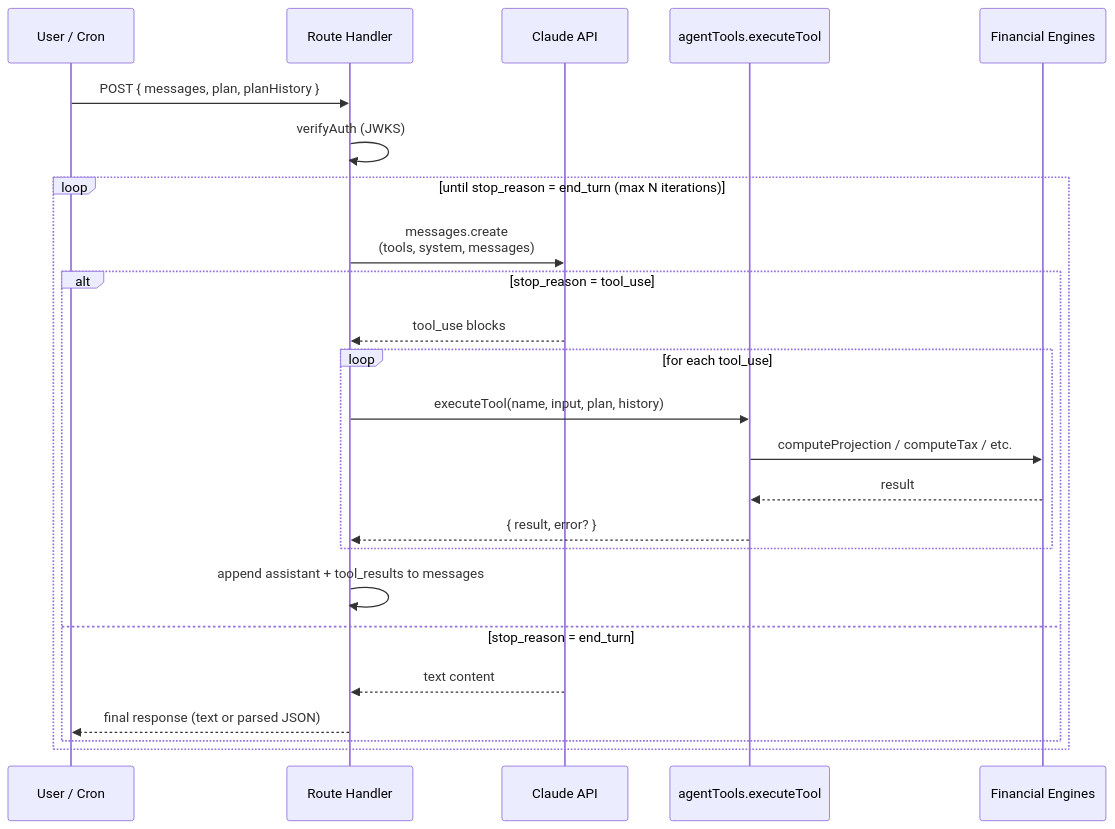
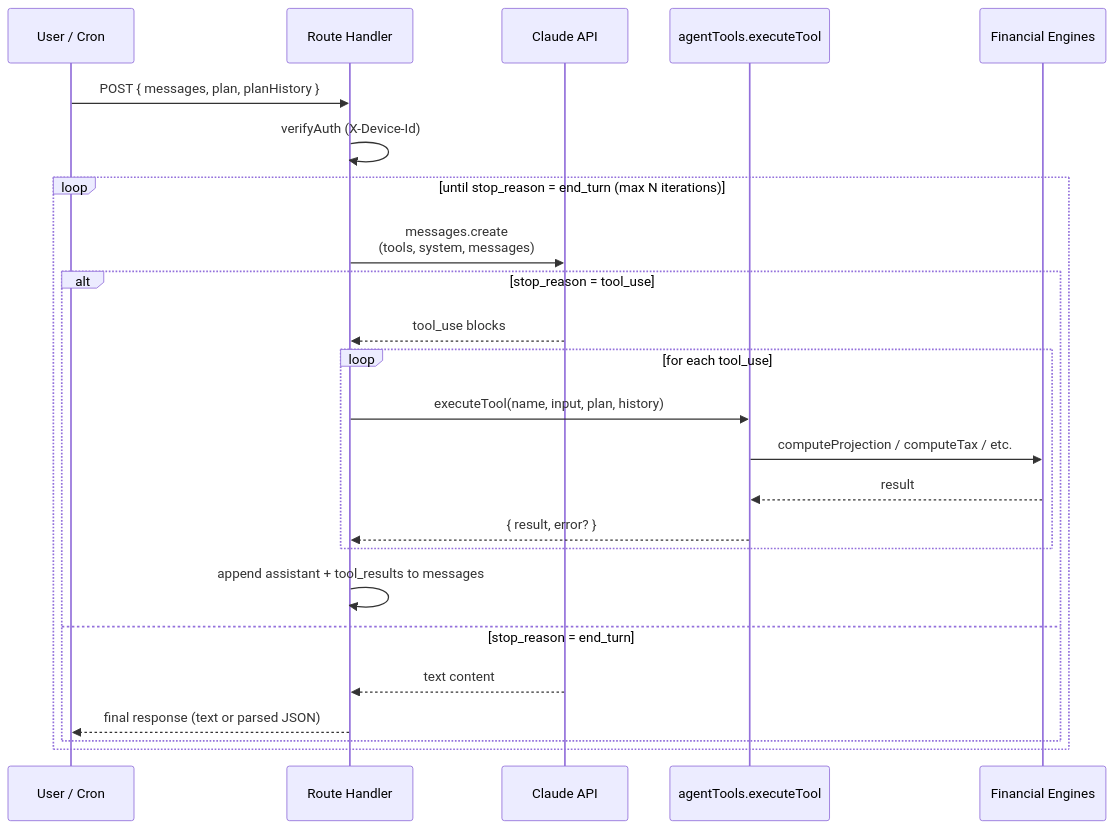
One commit to keeplearnin/retirement-simplified-nextjs changed the second of 4 diagrams in ARCHITECTURE.md. Above: the diagram before and after it, drawn with Mermaid. The commit also changed other lines of this file and 17 other files, not shown here.

````diff
--- a/ARCHITECTURE.md
+++ b/ARCHITECTURE.md
@@ -178,28 +176,28 @@
 ```mermaid
 sequenceDiagram
     participant U as User / Cron
     participant R as Route Handler
     participant C as Claude API
     participant T as agentTools.executeTool
     participant P as Financial Engines
 
     U->>R: POST { messages, plan, planHistory }
-    R->>R: verifyAuth (JWKS)
+    R->>R: verifyAuth (X-Device-Id)
 
     loop until stop_reason = end_turn (max N iterations)
         R->>C: messages.create<br/>(tools, system, messages)
         alt stop_reason = tool_use
             C-->>R: tool_use blocks
             loop for each tool_use
                 R->>T: executeTool(name, input, plan, history)
                 T->>P: computeProjection / computeTax / etc.
                 P-->>T: result
                 T-->>R: { result, error? }
             end
             R->>R: append assistant + tool_results to messages
         else stop_reason = end_turn
             C-->>R: text content
             R-->>U: final response (text or parsed JSON)
         end
     end
 ```
````
